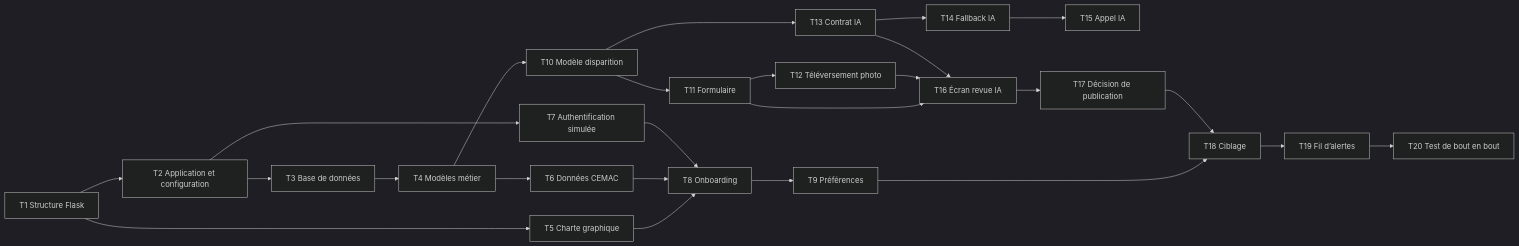
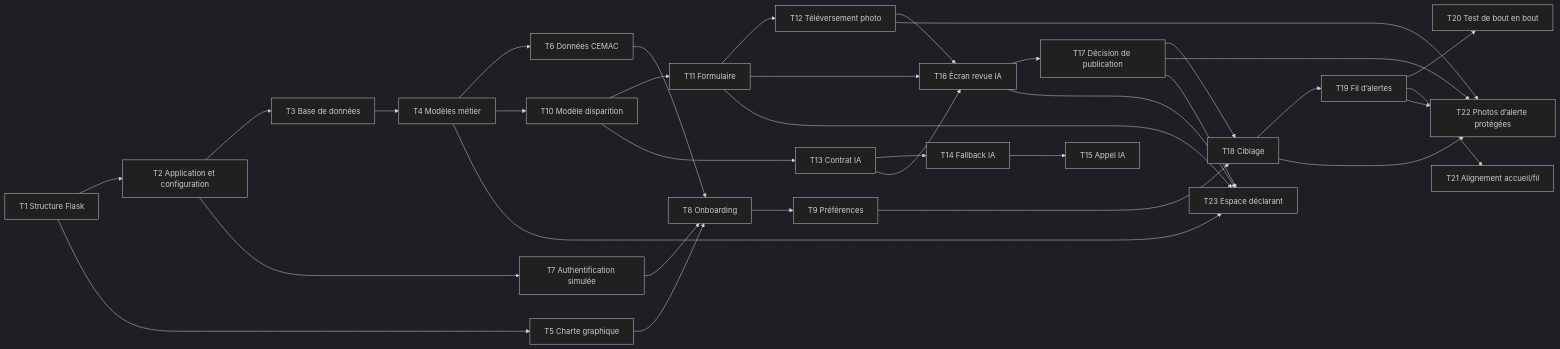
Before and after one commit to Donaldpicsou/SAVE-US: the diagram in RoadMap-SAVE-US.md, drawn with Mermaid (dark theme). The commit also changed other lines of this file and 8 other files, not shown here.

````diff
--- a/RoadMap-SAVE-US.md
+++ b/RoadMap-SAVE-US.md
@@ -7,27 +11,36 @@
 ```mermaid
 flowchart LR
   T1["T1 Structure Flask"] --> T2["T2 Application et configuration"]
   T2 --> T3["T3 Base de données"]
   T3 --> T4["T4 Modèles métier"]
   T1 --> T5["T5 Charte graphique"]
   T4 --> T6["T6 Données CEMAC"]
   T2 --> T7["T7 Authentification simulée"]
   T5 --> T8["T8 Onboarding"]
   T6 --> T8
   T7 --> T8
   T8 --> T9["T9 Préférences"]
   T4 --> T10["T10 Modèle disparition"]
   T10 --> T11["T11 Formulaire"]
   T11 --> T12["T12 Téléversement photo"]
   T10 --> T13["T13 Contrat IA"]
   T13 --> T14["T14 Fallback IA"]
   T14 --> T15["T15 Appel IA"]
   T11 --> T16["T16 Écran revue IA"]
   T12 --> T16
   T13 --> T16
   T16 --> T17["T17 Décision de publication"]
   T9 --> T18["T18 Ciblage"]
   T17 --> T18
   T18 --> T19["T19 Fil d’alertes"]
   T19 --> T20["T20 Test de bout en bout"]
+  T19 --> T21["T21 Alignement accueil/fil"]
+  T12 --> T22["T22 Photos d’alerte protégées"]
+  T17 --> T22
+  T18 --> T22
+  T19 --> T22
+  T4 --> T23["T23 Espace déclarant"]
+  T11 --> T23
+  T16 --> T23
+  T17 --> T23
 ```
````
